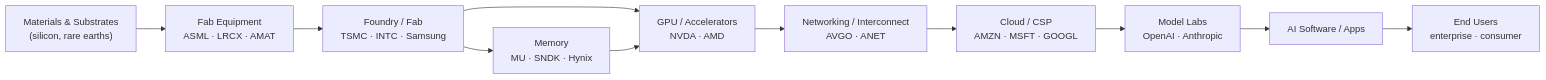
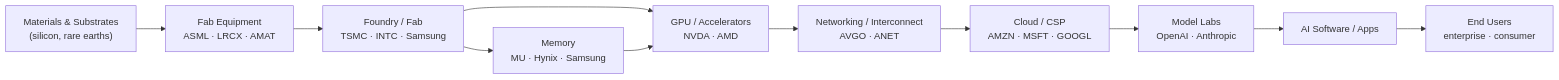
Before and after one commit to yennanliu/InvestSkill: the diagram in plugins/us-stock-analysis/skills/industry-map/SKILL.md, drawn with Mermaid. The commit also changed other lines of this file and 2 other files, not shown here.

````diff
--- a/plugins/us-stock-analysis/skills/industry-map/SKILL.md
+++ b/plugins/us-stock-analysis/skills/industry-map/SKILL.md
@@ -90,13 +90,13 @@
 ```mermaid
 flowchart LR
     MAT["Materials & Substrates<br/>(silicon, rare earths)"] --> EQ["Fab Equipment<br/>ASML · LRCX · AMAT"]
     EQ --> FAB["Foundry / Fab<br/>TSMC · INTC · Samsung"]
-    FAB --> MEM["Memory<br/>MU · SNDK · Hynix"]
+    FAB --> MEM["Memory<br/>MU · Hynix · Samsung"]
     FAB --> GPU["GPU / Accelerators<br/>NVDA · AMD"]
     MEM --> GPU
     GPU --> NET["Networking / Interconnect<br/>AVGO · ANET"]
     NET --> CSP["Cloud / CSP<br/>AMZN · MSFT · GOOGL"]
     CSP --> LAB["Model Labs<br/>OpenAI · Anthropic"]
     LAB --> APP["AI Software / Apps"]
     APP --> USER["End Users<br/>enterprise · consumer"]
 ```
````
